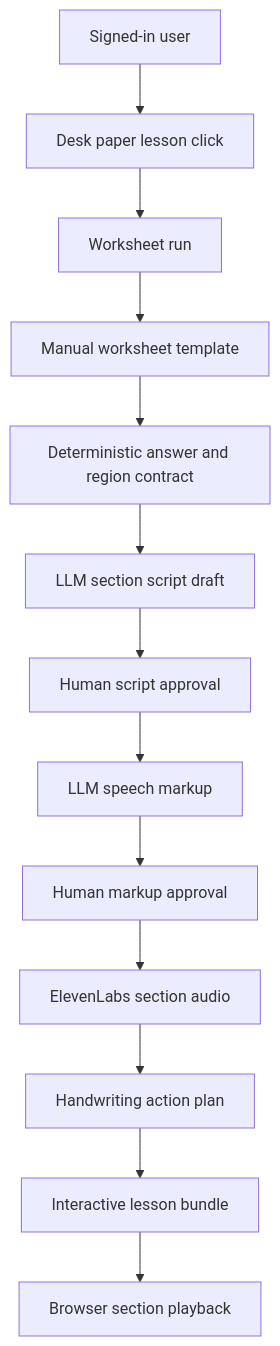
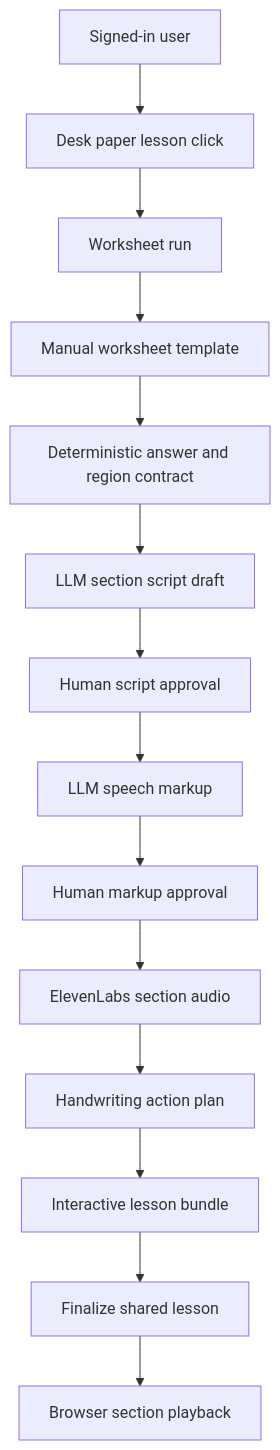
Before and after one commit to miketresca/quadratics: the first of 4 diagrams in docs/plans/2026-08-21-0005-feat-game-worksheet-pipeline-plan.md, drawn with Mermaid. The commit also changed other lines of this file and 10 other files, not shown here.

````diff
--- a/docs/plans/2026-08-21-0005-feat-game-worksheet-pipeline-plan.md
+++ b/docs/plans/2026-08-21-0005-feat-game-worksheet-pipeline-plan.md
@@ -173,15 +200,16 @@
 ```mermaid
 flowchart TB
   User[Signed-in user] --> Paper[Desk paper lesson click]
   Paper --> Run[Worksheet run]
   Run --> Template[Manual worksheet template]
   Template --> AnswerKey[Deterministic answer and region contract]
   AnswerKey --> Script[LLM section script draft]
   Script --> ScriptApproval[Human script approval]
   ScriptApproval --> SpeechMarkup[LLM speech markup]
   SpeechMarkup --> MarkupApproval[Human markup approval]
   MarkupApproval --> Audio[ElevenLabs section audio]
   Audio --> Handwriting[Handwriting action plan]
   Handwriting --> Bundle[Interactive lesson bundle]
-  Bundle --> Playback[Browser section playback]
+  Bundle --> Publish[Finalize shared lesson]
+  Publish --> Playback[Browser section playback]
 ```
````
